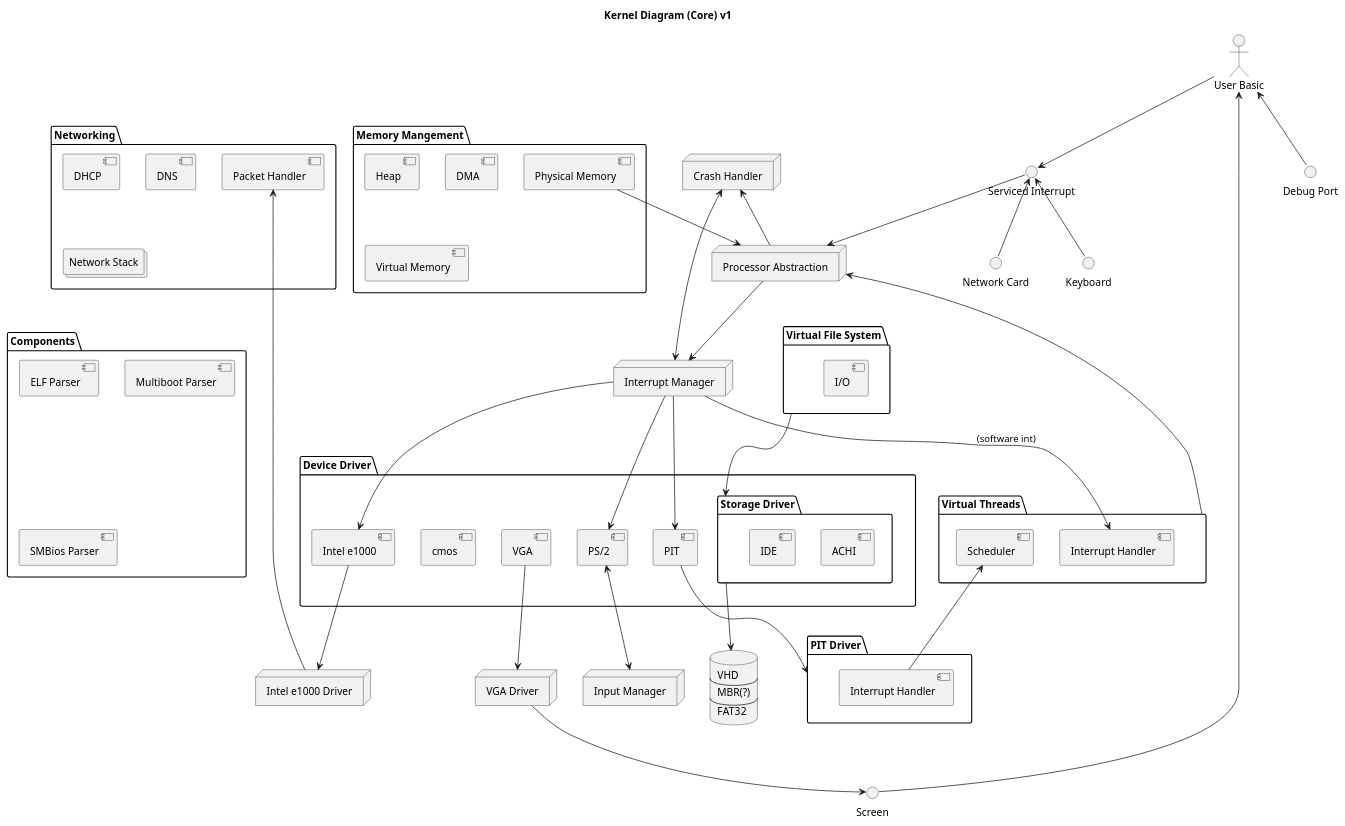
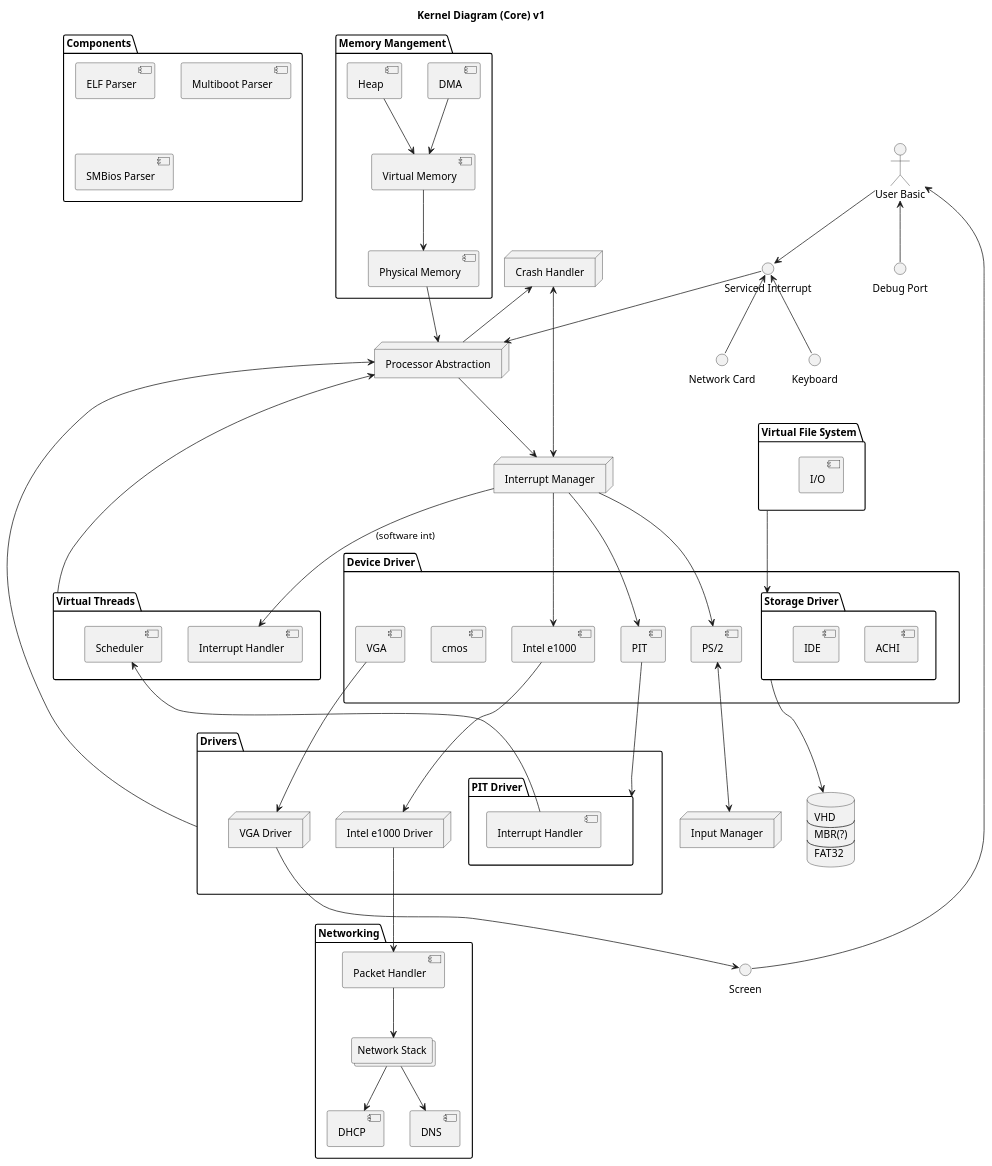
The diagram in docs/diagram.puml (cactoes/virtual_reflections_os), drawn with PlantUML before and after one commit. The commit also changed 1 other file, not shown here.

Commit message:
updated diagram

```diff
--- a/docs/diagram.puml
+++ b/docs/diagram.puml
@@ -1,114 +1,111 @@
 @startuml kernel diagram
 title Kernel Diagram (Core) v1
+' left to right direction
 
 actor "User Basic" as user
 
 node "Interrupt Manager" as im
 node "Input Manager" as inputm
 node "Processor Abstraction" as pa
 
 interface "Serviced Interrupt" as si
 interface "Screen" as screen
 interface "Debug Port" as dbgport
 
 interface "Network Card" as nc
 interface "Keyboard" as kb
 
 node "Crash Handler" as ch
 
 package "Networking" as networking {
-    component "Packet Handler" as npm
+    component "Packet Handler" as npa
+    collections "Network Stack" as nstack
     component "DHCP" as ndhcp
     component "DNS" as ndns
-    collections "Network Stack" as networkstack
 }
-
-package "PIT Driver" as pitdriver {
-    component "Interrupt Handler" as pitih
-}
-
-node "VGA Driver" as vgadriver
-node "Intel e1000 Driver" as e1000driver
 
 package "Virtual Threads" as vthreads {
     component "Interrupt Handler" as vthreadsih
     component "Scheduler" as vthreadssc
 }
 
 package "Device Driver" as devicedrivers {
     component "PS/2" as ddps2
     component "PIT" as ddpit
     component "VGA" as ddvga
     component "cmos" as ddcmos
     component "Intel e1000" as dde1000
     
     folder "Storage Driver" as ddstorage {
         component "ACHI"
         component "IDE"
     }
+}
+
+package "Drivers" as drivers {
+    package "PIT Driver" as pitdriver {
+        component "Interrupt Handler" as pitih
+    }
+
+    node "VGA Driver" as vgadriver
+    node "Intel e1000 Driver" as e1000driver
 }
 
 package "Virtual File System" as vfs {
     component "I/O" as vfsio
 }
 
 package "Memory Mangement" as mm {
     component "Heap" as heap
     component "DMA" as dma
     component "Virtual Memory" as vmem
     component "Physical Memory" as pmem
 }
 
 package "Components" as components {
     component "ELF Parser"
     component "Multiboot Parser"
     component "SMBios Parser"
 }
 
 database db [
     VHD
     ----
     MBR(?)
     ----
     FAT32
 ]
 
 user --> si
 user <-- screen
 user <-- dbgport
-
 si --> pa
 si <-- kb
 si <-- nc
-
 pa --> im
-
 ch <-- pa
 ch <--> im
-
 im --> ddps2
 ddps2 <--> inputm
-
-e1000driver --> npm
-
+e1000driver --> npa
+npa --> nstack
+nstack --> ndns
+nstack --> ndhcp
 im --> ddpit
 im --> vthreadsih : (software int)
 im --> dde1000
-
 pitih --> vthreadssc
-
 ddpit --> pitdriver
 ddvga --> vgadriver
 dde1000 --> e1000driver
-
+drivers --> pa
 pmem --> pa
-
+dma --> vmem
+heap --> vmem
+vmem --> pmem
 vthreads --> pa
-
 vgadriver --> screen
-
 ddstorage --> db
-
 vfs --> ddstorage
 
 @enduml
```
